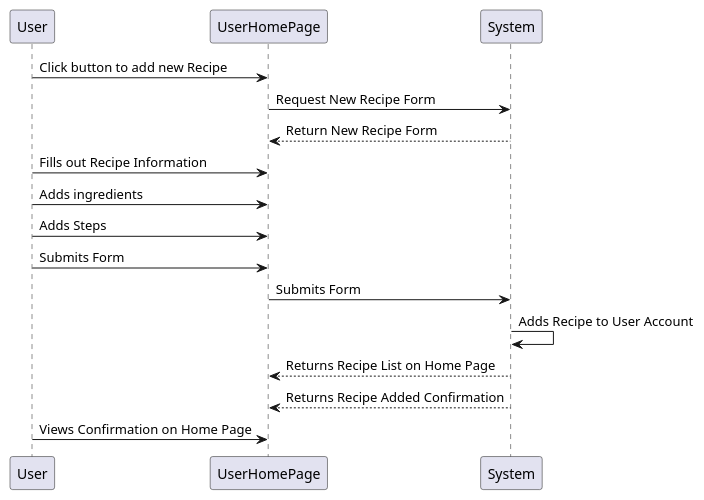
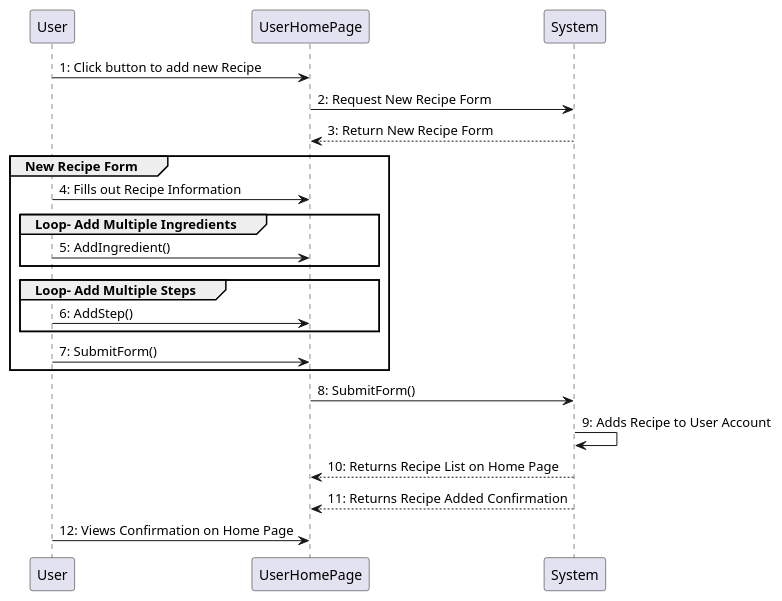
Before and after one commit to sap0034/COMP3710Project-RecipeGuru: the diagram in app/UML/Save Recipe DSSD.puml, drawn with PlantUML. The commit also changed 12 other files, not shown here.

Commit message:
Added new diagrams and updated existing diagrams

```diff
--- a/app/UML/Save Recipe DSSD.puml
+++ b/app/UML/Save Recipe DSSD.puml
@@ -1,17 +1,22 @@
 @startuml
-       User -> UserHomePage: Click button to add new Recipe
-       UserHomePage -> System: Request New Recipe Form
-       System --> UserHomePage: Return New Recipe Form
+       User -> UserHomePage: 1: Click button to add new Recipe
+       UserHomePage -> System: 2: Request New Recipe Form
+       System --> UserHomePage: 3: Return New Recipe Form
+group New Recipe Form
+       User -> UserHomePage: 4: Fills out Recipe Information
+       group Loop- Add Multiple Ingredients
+       User -> UserHomePage: 5: AddIngredient()
+       end
+       group Loop- Add Multiple Steps
+       User -> UserHomePage: 6: AddStep()
+       end
+       User -> UserHomePage: 7: SubmitForm()
+       end
+       UserHomePage -> System: 8: SubmitForm()
 
-       User -> UserHomePage: Fills out Recipe Information
-       User -> UserHomePage: Adds ingredients
-       User -> UserHomePage: Adds Steps
-       User -> UserHomePage: Submits Form
-       UserHomePage -> System: Submits Form
-
-       System -> System: Adds Recipe to User Account
-       System --> UserHomePage: Returns Recipe List on Home Page
-       System --> UserHomePage: Returns Recipe Added Confirmation
-       User -> UserHomePage: Views Confirmation on Home Page
+       System -> System: 9: Adds Recipe to User Account
+       System --> UserHomePage: 10: Returns Recipe List on Home Page
+       System --> UserHomePage: 11: Returns Recipe Added Confirmation
+       User -> UserHomePage: 12: Views Confirmation on Home Page
 
        @enduml
```
